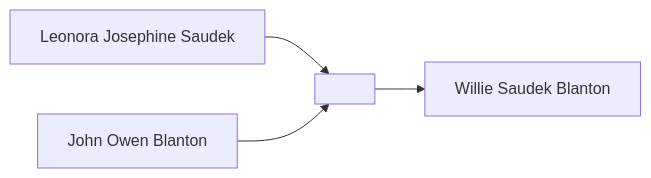
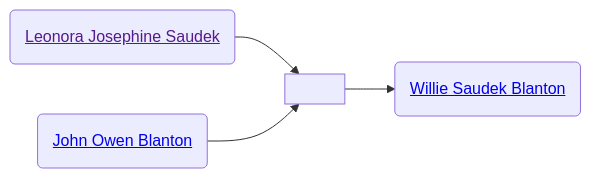
One commit to neelsmith/avocational changed the second of 2 diagrams in familyhistory/sources/people/Neel-line/Blanton-line/Saudek-line/Leonora_Josephine_Saudek.qmd. Above: the diagram before and after it, drawn with Mermaid. The commit also changed other lines of this file and 71 other files, not shown here.

````diff
--- a/familyhistory/sources/people/Neel-line/Blanton-line/Saudek-line/Leonora_Josephine_Saudek.qmd
+++ b/familyhistory/sources/people/Neel-line/Blanton-line/Saudek-line/Leonora_Josephine_Saudek.qmd
@@ -36,6 +42,11 @@
 ```{mermaid}
 graph LR
-Leonora_Josephine_Saudek[Leonora Josephine Saudek] --> Leonora_Josephine_Saudek+John_Owen_Blanton[ ]
-John_Owen_Blanton[John Owen Blanton] --> Leonora_Josephine_Saudek+John_Owen_Blanton[ ]
-Leonora_Josephine_Saudek+John_Owen_Blanton[ ] --> Willie_Saudek_Blanton[Willie Saudek Blanton]
+class Leonora_Josephine_Saudek_and_John_Owen_Blanton marriage
+Leonora_Josephine_Saudek(<a href=''>Leonora Josephine Saudek</>) --> Leonora_Josephine_Saudek_and_John_Owen_Blanton[ ]
+John_Owen_Blanton(<a href='./../John_Owen_Blanton.html'>John Owen Blanton</>) --> Leonora_Josephine_Saudek_and_John_Owen_Blanton(( ))
+Leonora_Josephine_Saudek_and_John_Owen_Blanton[ ] --> Willie_Saudek_Blanton(<a href='./../Willie_Saudek_Blanton.html'>Willie Saudek Blanton</>)
+classDef mother fill:#ffd1dc
+classDef father fill:#daf0f7  
+classDef marriage fill:#ffffff
+
 ```
````
